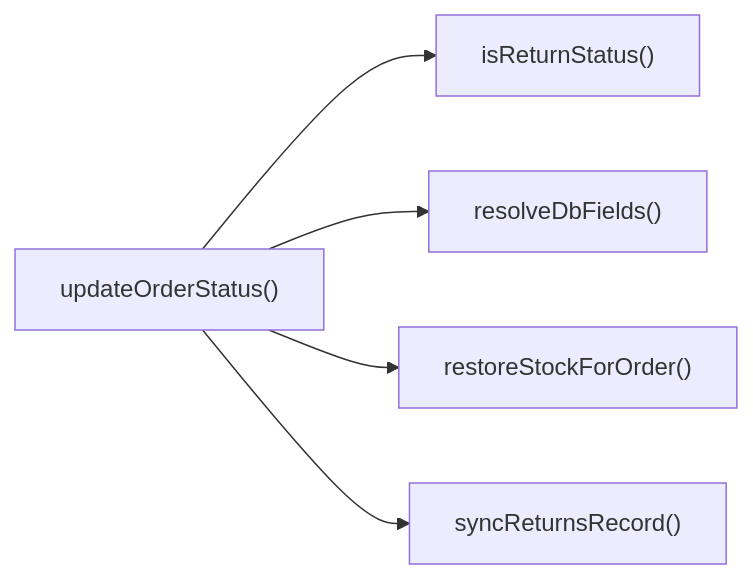
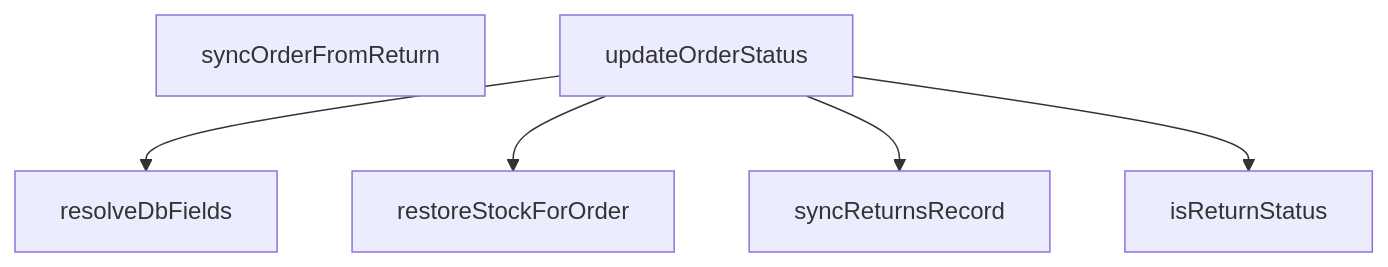
Before and after one commit to peckop/venthub-hvac-esite: the diagram in src/lib/orderStatusService.md, drawn with Mermaid. The commit also changed other lines of this file and 488 other files, not shown here.

````diff
--- a/src/lib/orderStatusService.md
+++ b/src/lib/orderStatusService.md
@@ -182,7 +173,13 @@
 ```mermaid
-graph LR
-    updateOrderStatus["updateOrderStatus()"] --> isReturnStatus["isReturnStatus()"]
-    updateOrderStatus["updateOrderStatus()"] --> resolveDbFields["resolveDbFields()"]
-    updateOrderStatus["updateOrderStatus()"] --> restoreStockForOrder["restoreStockForOrder()"]
-    updateOrderStatus["updateOrderStatus()"] --> syncReturnsRecord["syncReturnsRecord()"]
+graph TD
+    orderStatusService_ts__isReturnStatus["isReturnStatus"]
+    orderStatusService_ts__resolveDbFields["resolveDbFields"]
+    orderStatusService_ts__restoreStockForOrder["restoreStockForOrder"]
+    orderStatusService_ts__syncOrderFromReturn["syncOrderFromReturn"]
+    orderStatusService_ts__syncReturnsRecord["syncReturnsRecord"]
+    orderStatusService_ts__updateOrderStatus["updateOrderStatus"]
+    orderStatusService_ts__updateOrderStatus --> orderStatusService_ts__resolveDbFields
+    orderStatusService_ts__updateOrderStatus --> orderStatusService_ts__restoreStockForOrder
+    orderStatusService_ts__updateOrderStatus --> orderStatusService_ts__syncReturnsRecord
+    orderStatusService_ts__updateOrderStatus --> orderStatusService_ts__isReturnStatus
 ```
````
